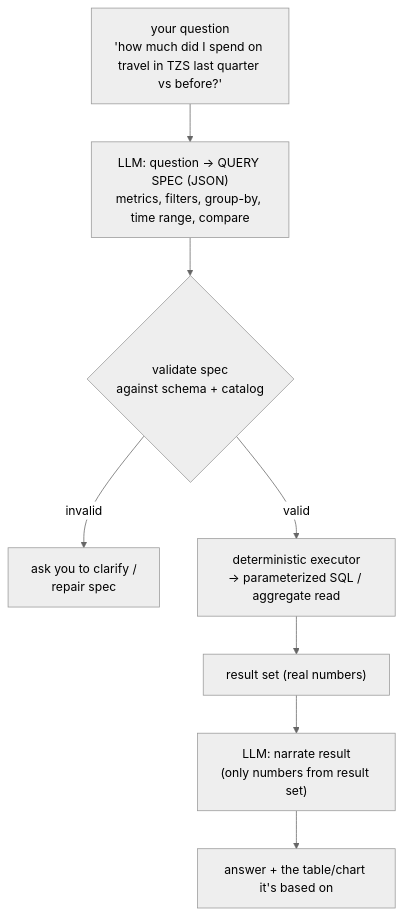
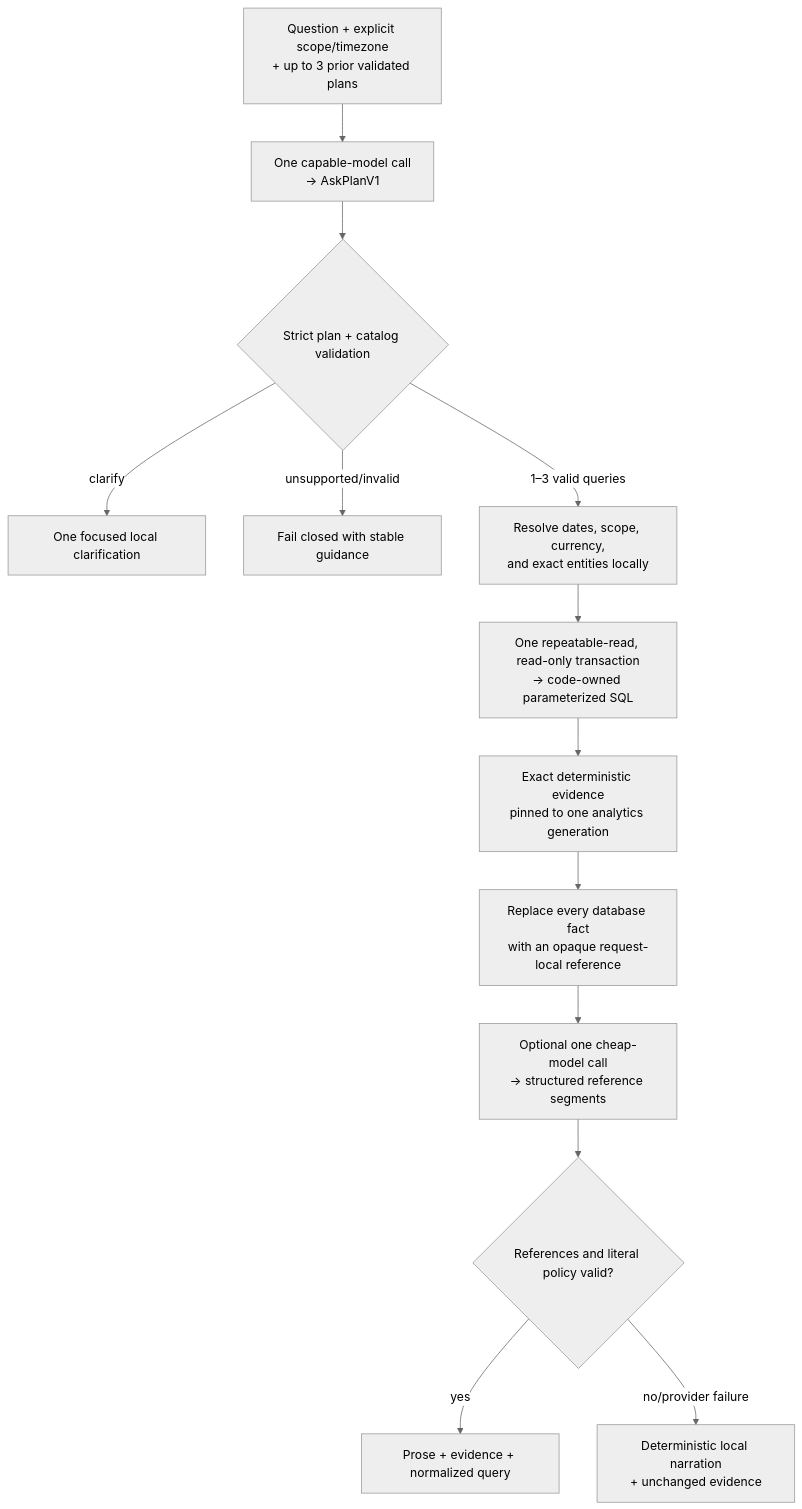
The fifth of 5 diagrams in docs/ARCHITECTURE.md (Shady-C/ledger), drawn with Mermaid (neutral theme) before and after one commit. The commit also changed other lines of this file and 10 other files, not shown here.

First line of the commit message:
docs(phase3): define bounded Ask architecture [N/A]

````diff
--- a/docs/ARCHITECTURE.md
+++ b/docs/ARCHITECTURE.md
@@ -669,11 +678,16 @@
 ```mermaid
 flowchart TB
-    q["your question<br/>'how much did I spend on travel in TZS last quarter vs before?'"]
-    q --> plan["LLM: question → QUERY SPEC (JSON)<br/>metrics, filters, group-by, time range, compare"]
-    plan --> val{validate spec<br/>against schema + catalog}
-    val -- invalid --> clarify["ask you to clarify /<br/>repair spec"]
-    val -- valid --> exec["deterministic executor<br/>→ parameterized SQL / aggregate read"]
-    exec --> res["result set (real numbers)"]
-    res --> narr["LLM: narrate result<br/>(only numbers from result set)"]
-    narr --> ans["answer + the table/chart it's based on"]
+    q["Question + explicit scope/timezone<br/>+ up to 3 prior validated plans"]
+    q --> plan["One capable-model call<br/>→ AskPlanV1"]
+    plan --> val{"Strict plan + catalog validation"}
+    val -->|"clarify"| clarify["One focused local clarification"]
+    val -->|"unsupported/invalid"| stop["Fail closed with stable guidance"]
+    val -->|"1–3 valid queries"| resolve["Resolve dates, scope, currency,<br/>and exact entities locally"]
+    resolve --> exec["One repeatable-read, read-only transaction<br/>→ code-owned parameterized SQL"]
+    exec --> evidence["Exact deterministic evidence<br/>pinned to one analytics generation"]
+    evidence --> token["Replace every database fact<br/>with an opaque request-local reference"]
+    token --> narr["Optional one cheap-model call<br/>→ structured reference segments"]
+    narr --> guard{"References and literal policy valid?"}
+    guard -->|"yes"| answer["Prose + evidence + normalized query"]
+    guard -->|"no/provider failure"| fallback["Deterministic local narration<br/>+ unchanged evidence"]
 ```
````
